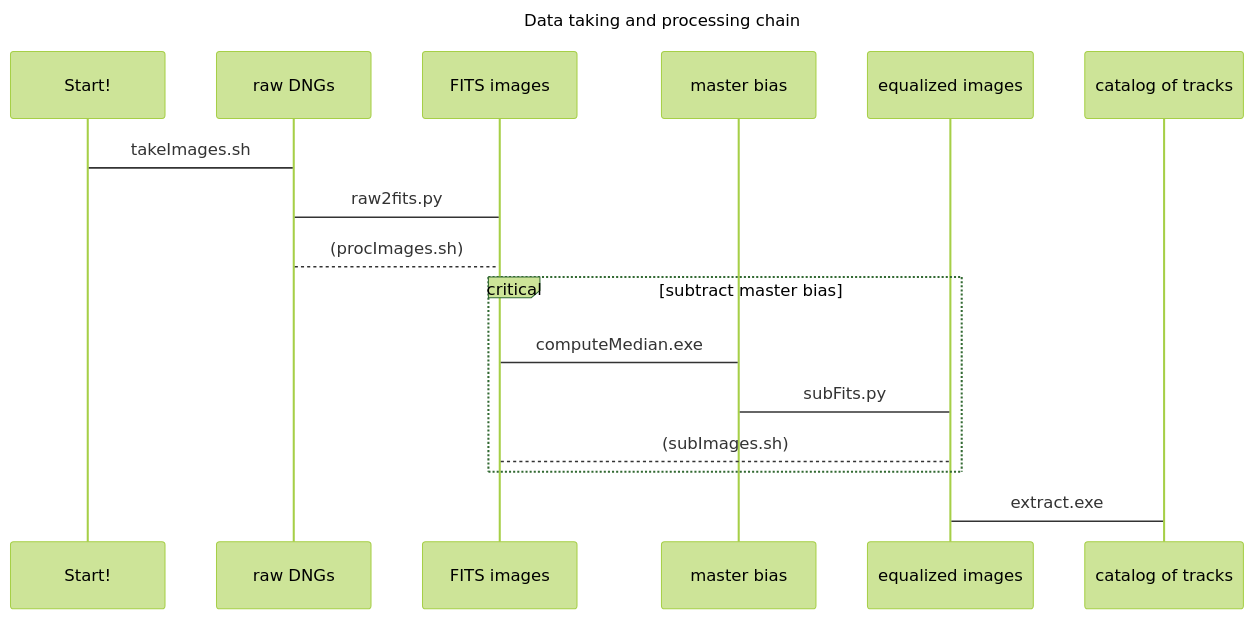
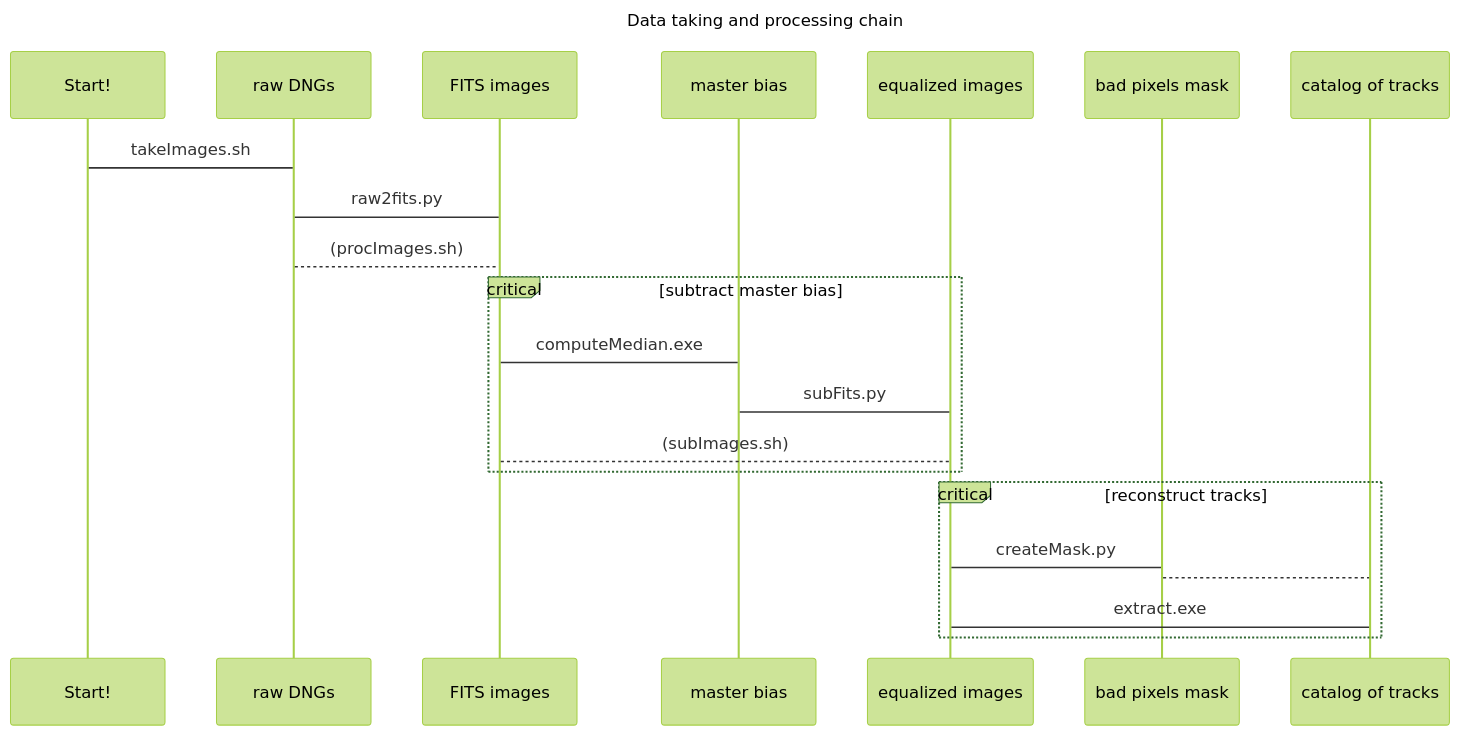
Before and after one commit to LAMBDA-DF/muPi: the diagram in README.md, drawn with Mermaid (forest theme). The commit also changed other lines of this file, not shown here.

````diff
--- a/README.md
+++ b/README.md
@@ -5,13 +6,17 @@
 ```mermaid
 sequenceDiagram
 Title: Data taking and processing chain
 Start!           ->  raw DNGs: takeImages.sh
 raw DNGs         ->  FITS images: raw2fits.py
 raw DNGs         --> FITS images: (procImages.sh)
 critical subtract master bias
   FITS images      ->  master bias: computeMedian.exe
   master bias      ->  equalized images: subFits.py
   FITS images      --> equalized images: (subImages.sh)
 end
-equalized images ->  catalog of tracks: extract.exe
+critical reconstruct tracks
+  equalized images ->  bad pixels mask: createMask.py
+  bad pixels mask  --> catalog of tracks: 
+  equalized images ->  catalog of tracks: extract.exe
+end
 ```
````
